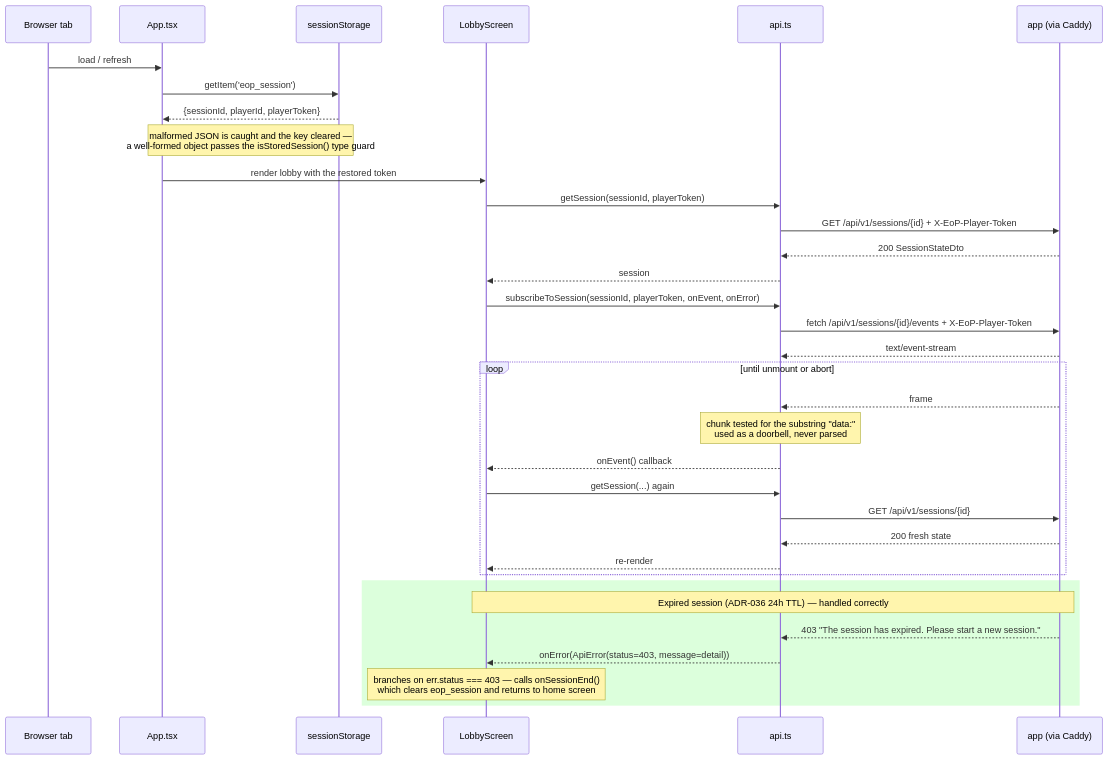
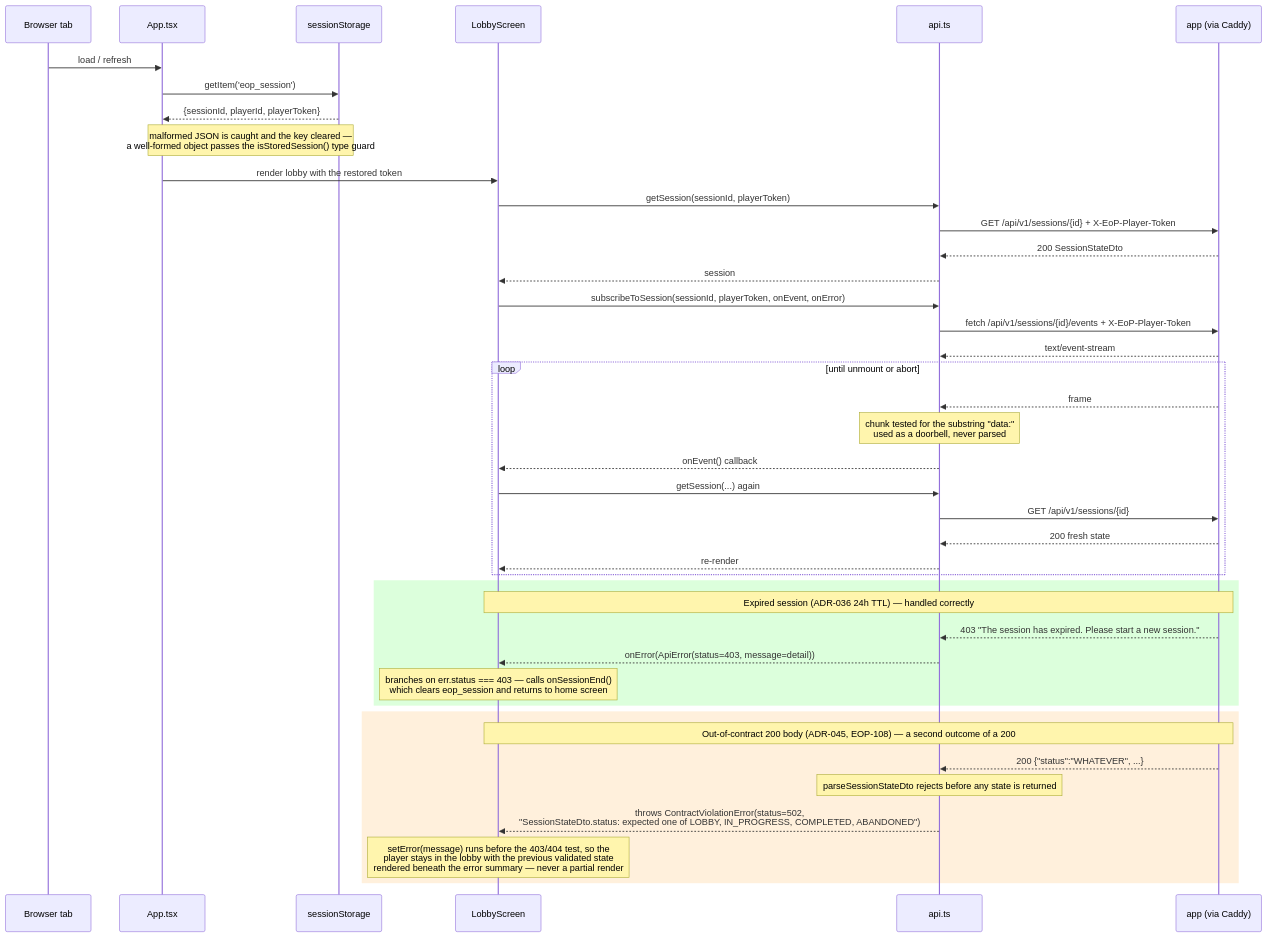
One commit to maglez/eop-threat-medeling changed the fourth of 5 diagrams in docs/architecture/C4-Diagrams.md. Above: the diagram before and after it, drawn with Mermaid. The commit also changed other lines of this file and 8 other files, not shown here.

````diff
--- a/docs/architecture/C4-Diagrams.md
+++ b/docs/architecture/C4-Diagrams.md
@@ -841,41 +859,49 @@
 ```mermaid
 sequenceDiagram
     participant B as Browser tab
     participant A as App.tsx
     participant S as sessionStorage
     participant L as LobbyScreen
     participant API as api.ts
     participant SRV as app (via Caddy)
 
     B->>A: load / refresh
     A->>S: getItem('eop_session')
     S-->>A: {sessionId, playerId, playerToken}
     Note over A,S: malformed JSON is caught and the key cleared —<br/>a well-formed object passes the isStoredSession() type guard
     A->>L: render lobby with the restored token
 
     L->>API: getSession(sessionId, playerToken)
     API->>SRV: GET /api/v1/sessions/{id} + X-EoP-Player-Token
     SRV-->>API: 200 SessionStateDto
     API-->>L: session
 
     L->>API: subscribeToSession(sessionId, playerToken, onEvent, onError)
     API->>SRV: fetch /api/v1/sessions/{id}/events + X-EoP-Player-Token
     SRV-->>API: text/event-stream
 
     loop until unmount or abort
         SRV-->>API: frame
         Note over API: chunk tested for the substring "data:"<br/>used as a doorbell, never parsed
         API-->>L: onEvent() callback
         L->>API: getSession(...) again
         API->>SRV: GET /api/v1/sessions/{id}
         SRV-->>API: 200 fresh state
         API-->>L: re-render
     end
 
     rect rgb(220, 255, 220)
     Note over L,SRV: Expired session (ADR-036 24h TTL) — handled correctly
     SRV-->>API: 403 "The session has expired. Please start a new session."
     API-->>L: onError(ApiError(status=403, message=detail))
     Note over L: branches on err.status === 403 — calls onSessionEnd()<br/>which clears eop_session and returns to home screen
     end
+
+    rect rgb(255, 240, 220)
+    Note over L,SRV: Out-of-contract 200 body (ADR-045, EOP-108) — a second outcome of a 200
+    SRV-->>API: 200 {"status":"WHATEVER", ...}
+    Note over API: parseSessionStateDto rejects before any state is returned
+    API-->>L: throws ContractViolationError(status=502,<br/>"SessionStateDto.status: expected one of LOBBY, IN_PROGRESS, COMPLETED, ABANDONED")
+    Note over L: setError(message) runs before the 403/404 test, so the<br/>player stays in the lobby with the previous validated state<br/>rendered beneath the error summary — never a partial render
+    end
 ```
````
